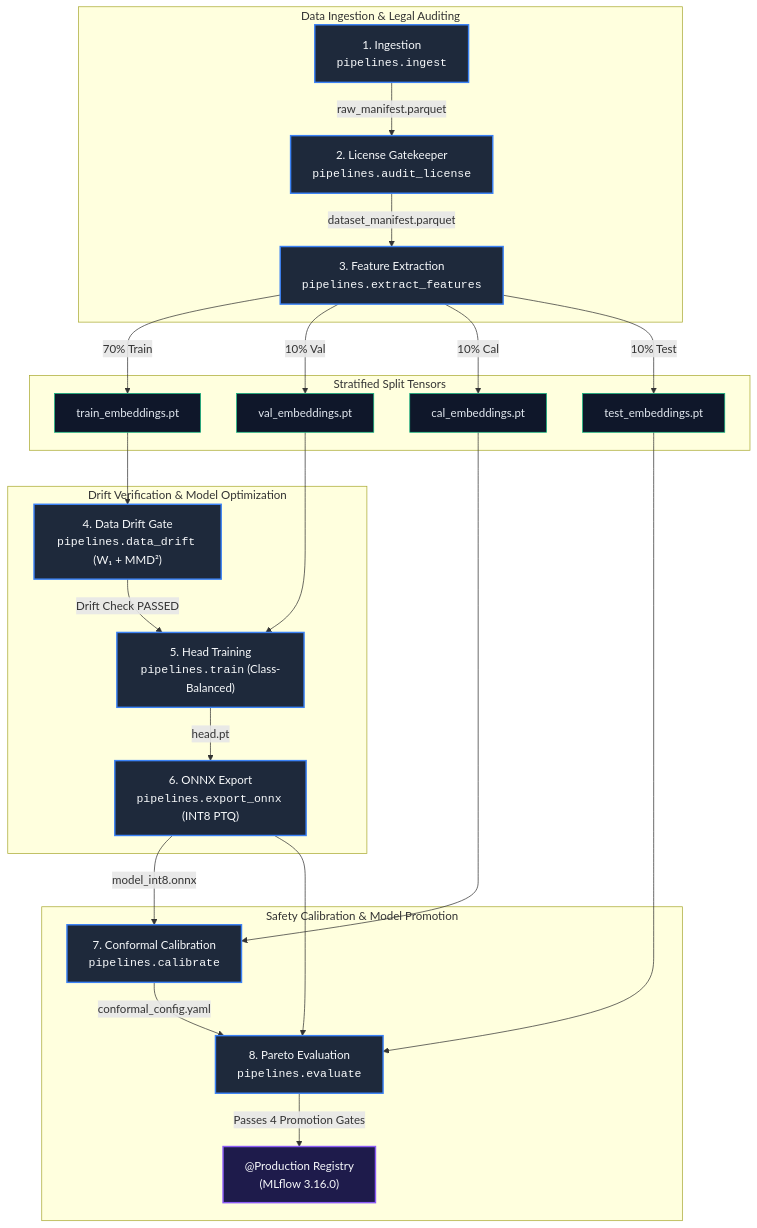
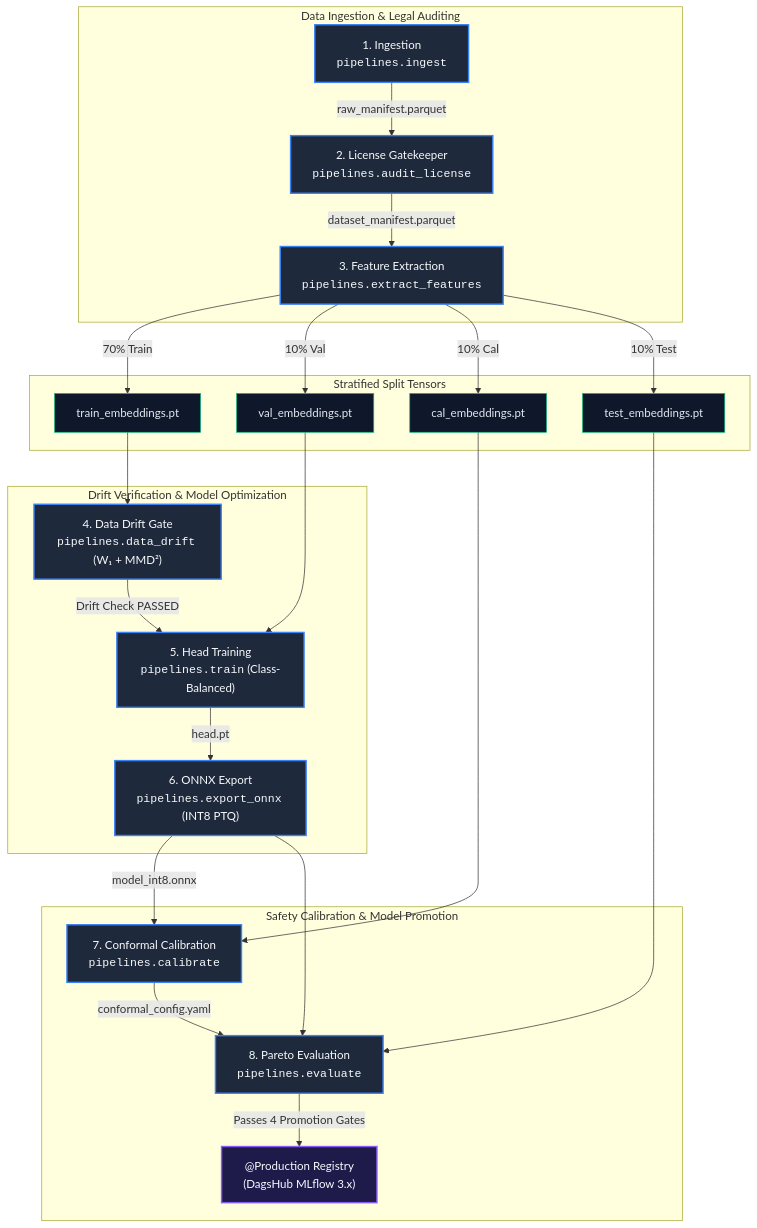
Before and after one commit to foersben/taxon-vision-mlops: the third of 4 diagrams in README.md, drawn with Mermaid. The commit also changed other lines of this file, not shown here.

Commit message:
docs(readme): synchronise DagsHub-only MLflow, Evidently 0.7 UI, and holdout metrics

````diff
--- a/README.md
+++ b/README.md
@@ -142,37 +142,37 @@
 ```mermaid
 flowchart TD
     subgraph DataIngestion ["Data Ingestion & Legal Auditing"]
         A["1. Ingestion<br/><code>pipelines.ingest</code>"] -->|raw_manifest.parquet| B["2. License Gatekeeper<br/><code>pipelines.audit_license</code>"]
         B -->|dataset_manifest.parquet| C["3. Feature Extraction<br/><code>pipelines.extract_features</code>"]
     end
 
     subgraph SplitTensors ["Stratified Split Tensors"]
         C -->|70% Train| D1["train_embeddings.pt"]
         C -->|10% Val| D2["val_embeddings.pt"]
         C -->|10% Cal| D3["cal_embeddings.pt"]
         C -->|10% Test| D4["test_embeddings.pt"]
     end
 
     subgraph DriftAndTraining ["Drift Verification & Model Optimization"]
         D1 --> E["4. Data Drift Gate<br/><code>pipelines.data_drift</code> (W₁ + MMD²)"]
         E -->|Drift Check PASSED| F["5. Head Training<br/><code>pipelines.train</code> (Class-Balanced)"]
         D2 --> F
         F -->|head.pt| G["6. ONNX Export<br/><code>pipelines.export_onnx</code> (INT8 PTQ)"]
     end
 
     subgraph CalibrationAndEval ["Safety Calibration & Model Promotion"]
         G -->|model_int8.onnx| H["7. Conformal Calibration<br/><code>pipelines.calibrate</code>"]
         D3 --> H
         H -->|conformal_config.yaml| I["8. Pareto Evaluation<br/><code>pipelines.evaluate</code>"]
         D4 --> I
         G --> I
-        I -->|Passes 4 Promotion Gates| J["@Production Registry<br/>(MLflow 3.16.0)"]
+        I -->|Passes 4 Promotion Gates| J["@Production Registry<br/>(DagsHub MLflow 3.x)"]
     end
 
     classDef stage fill:#1e293b,stroke:#3b82f6,stroke-width:2px,color:#f8fafc;
     classDef tensor fill:#0f172a,stroke:#10b981,stroke-width:1px,color:#e2e8f0;
     classDef target fill:#1e1b4b,stroke:#8b5cf6,stroke-width:2px,color:#f8fafc;
     class A,B,C,E,F,G,H,I stage;
     class D1,D2,D3,D4 tensor;
     class J target;
 ```
````
